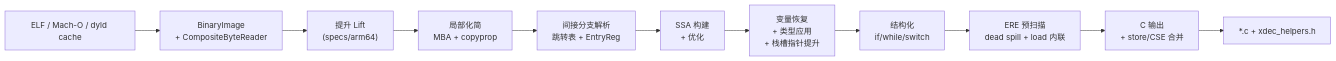
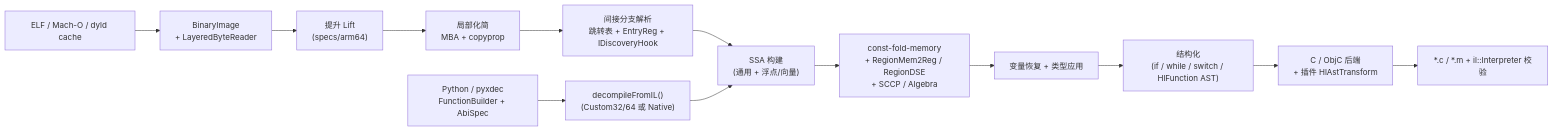
Before and after one commit to zhuzhu-Top/xdec: the diagram in README.md, drawn with Mermaid. The commit also changed other lines of this file, not shown here.

First line of the commit message:
Update README.md with library-first devirt SDK, pyxdec, Mach-O/ObjC, and MCP features.

````diff
--- a/README.md
+++ b/README.md
@@ -112,13 +125,15 @@
 ```mermaid
 flowchart LR
-  BIN["ELF / Mach-O / dyld cache"] --> LOAD["BinaryImage\n+ CompositeByteReader"]
+  BIN["ELF / Mach-O / dyld cache"] --> LOAD["BinaryImage\n+ LayeredByteReader"]
   LOAD --> LIFT["提升 Lift\n(specs/arm64)"]
+  PY["Python / pyxdec\nFunctionBuilder + AbiSpec"] --> MID["decompileFromIL()\n(Custom32/64 或 Native)"]
   LIFT --> LOCAL["局部化简\nMBA + copyprop"]
-  LOCAL --> RESOLVE["间接分支解析\n跳转表 + EntryReg"]
-  RESOLVE --> SSA["SSA 构建\n+ 优化"]
-  SSA --> VARS["变量恢复\n+ 类型应用\n+ 栈槽指针提升"]
-  VARS --> STRUCT["结构化\nif/while/switch"]
-  STRUCT --> ERE["ERE 预扫描\ndead spill + load 内联"]
-  ERE --> EMIT["C 输出\n+ store/CSE 合并"]
-  EMIT --> OUT["*.c + xdec_helpers.h"]
+  LOCAL --> RESOLVE["间接分支解析\n跳转表 + EntryReg + IDiscoveryHook"]
+  RESOLVE --> SSA["SSA 构建\n(通用 + 浮点/向量)"]
+  MID --> SSA
+  SSA --> OPT["const-fold-memory\n+ RegionMem2Reg / RegionDSE\n+ SCCP / Algebra"]
+  OPT --> VARS["变量恢复 + 类型应用"]
+  VARS --> STRUCT["结构化\n(if / while / switch / HlFunction AST)"]
+  STRUCT --> EMIT["C / ObjC 后端\n+ 插件 HlAstTransform"]
+  EMIT --> OUT["*.c / *.m + il::Interpreter 校验"]
 ```
````
